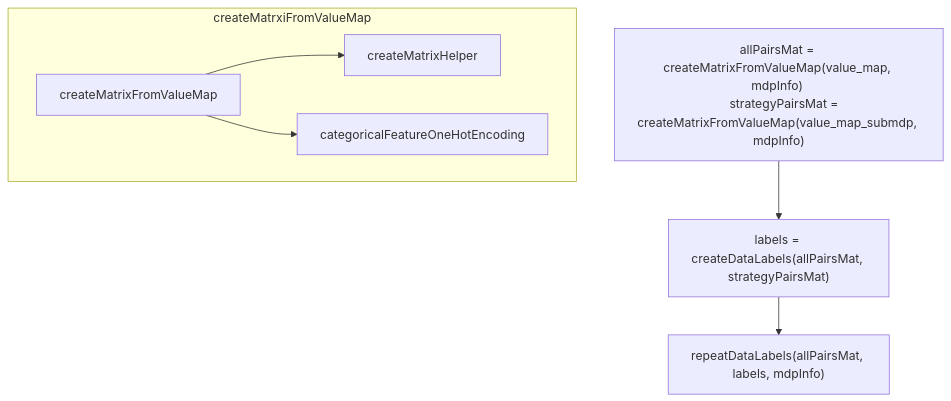
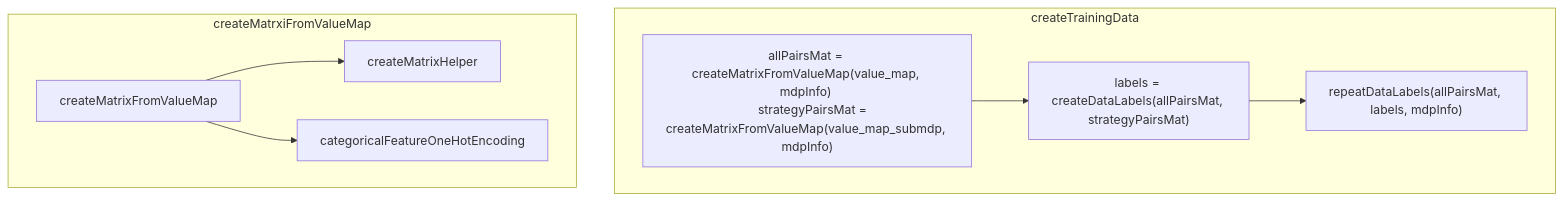
Before and after one commit to flyingkukri/countexex: the second of 2 diagrams in doc/develop.md, drawn with Mermaid. The commit also changed other lines of this file and 5 other files, not shown here.

````diff
--- a/doc/develop.md
+++ b/doc/develop.md
@@ -82,18 +87,20 @@
 ```mermaid
   flowchart TD
+      subgraph createTrainingData
       id1-->id2
       id2-->id3
+      end
 
       subgraph createMatrxiFromValueMap 
       sid1[createMatrixFromValueMap]
       sid2[createMatrixHelper]
       sid3[categoricalFeatureOneHotEncoding]
       sid1 --> sid2
       sid1 --> sid3 
       end
 
       id1["allPairsMat = createMatrixFromValueMap(value_map, mdpInfo) 
       strategyPairsMat = createMatrixFromValueMap(value_map_submdp, mdpInfo)"]
       id2["labels = createDataLabels(allPairsMat, strategyPairsMat)"]
       id3["repeatDataLabels(allPairsMat, labels, mdpInfo)"]
 ```
````
